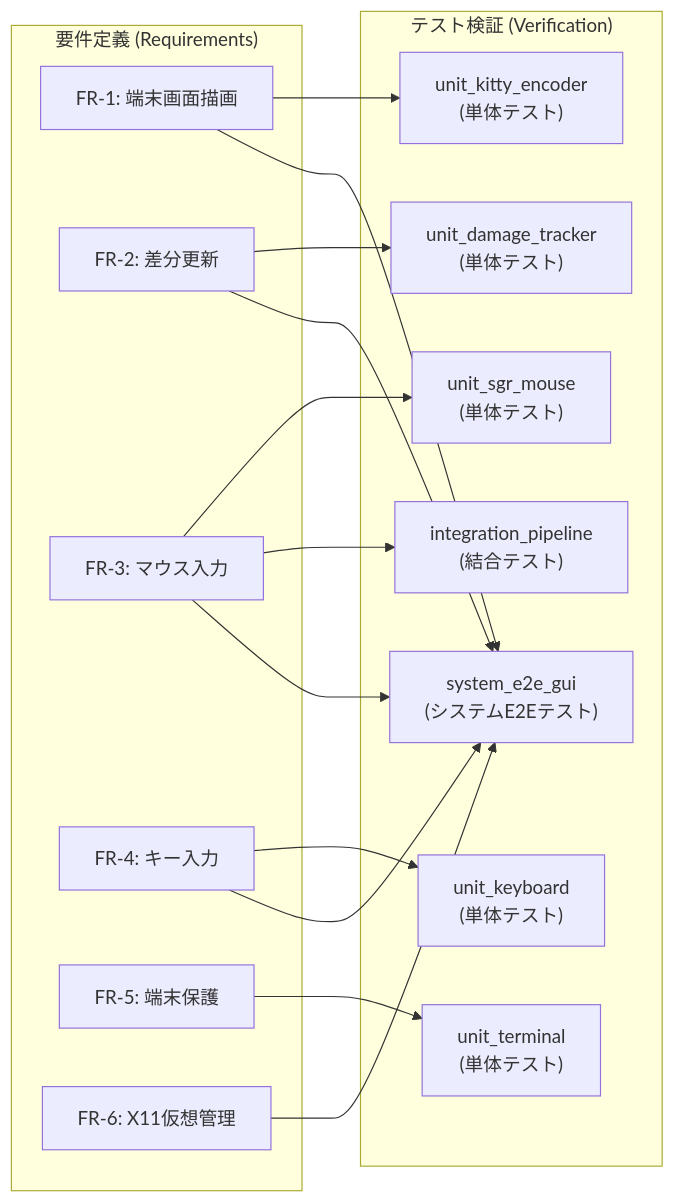
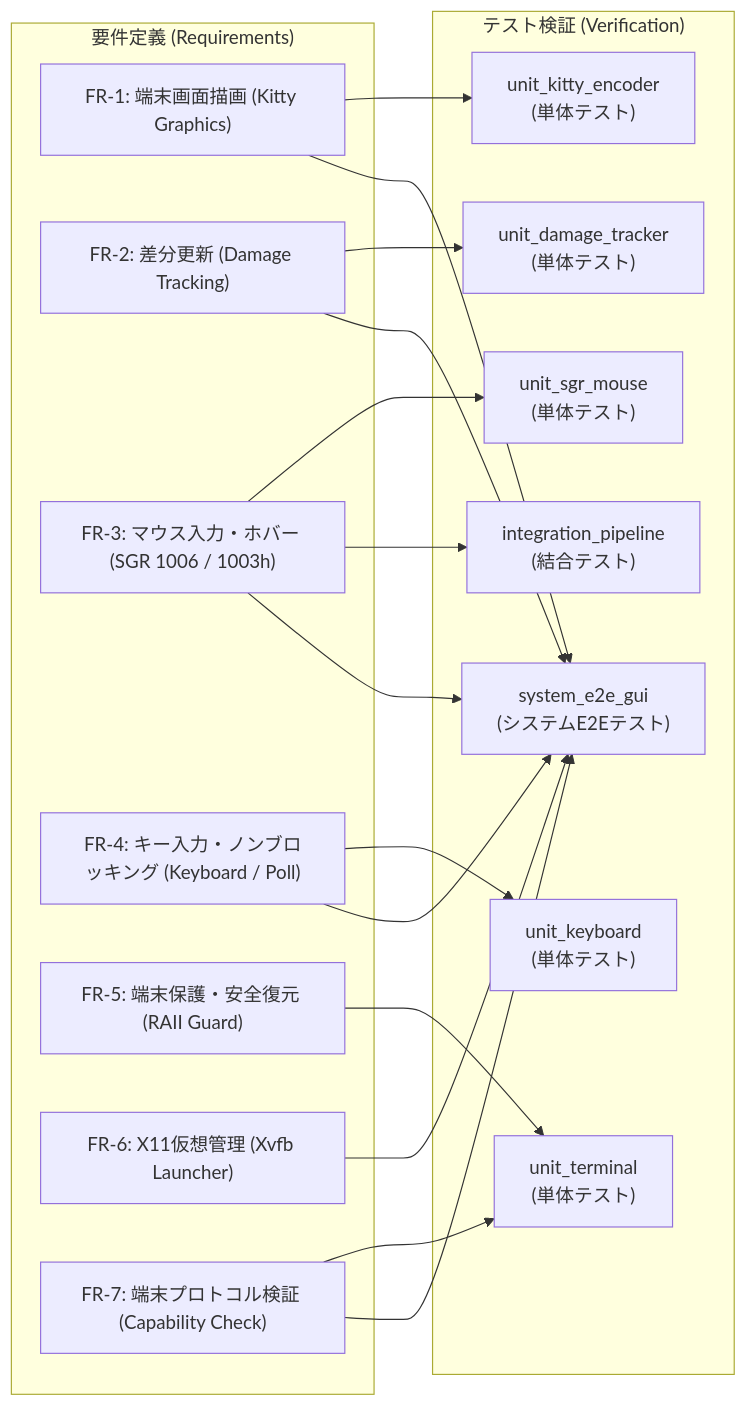
The diagram in docs/V_MODEL_SPEC.md (totatake/termway), drawn with Mermaid before and after one commit. The commit also changed other lines of this file and 2 other files, not shown here.

Commit message:
docs: synchronize V-model specifications, architecture, and README with latest implementation

````diff
--- a/docs/V_MODEL_SPEC.md
+++ b/docs/V_MODEL_SPEC.md
@@ -9,33 +9,36 @@
 ```mermaid
 flowchart LR
     subgraph Requirements["要件定義 (Requirements)"]
-        FR1["FR-1: 端末画面描画"]
-        FR2["FR-2: 差分更新"]
-        FR3["FR-3: マウス入力"]
-        FR4["FR-4: キー入力"]
-        FR5["FR-5: 端末保護"]
-        FR6["FR-6: X11仮想管理"]
+        FR1["FR-1: 端末画面描画 (Kitty Graphics)"]
+        FR2["FR-2: 差分更新 (Damage Tracking)"]
+        FR3["FR-3: マウス入力・ホバー (SGR 1006 / 1003h)"]
+        FR4["FR-4: キー入力・ノンブロッキング (Keyboard / Poll)"]
+        FR5["FR-5: 端末保護・安全復元 (RAII Guard)"]
+        FR6["FR-6: X11仮想管理 (Xvfb Launcher)"]
+        FR7["FR-7: 端末プロトコル検証 (Capability Check)"]
     end
 
     subgraph Verification["テスト検証 (Verification)"]
         T_Sys["system_e2e_gui<br/>(システムE2Eテスト)"]
         T_Integ["integration_pipeline<br/>(結合テスト)"]
         T_Mouse["unit_sgr_mouse<br/>(単体テスト)"]
         T_Kitty["unit_kitty_encoder<br/>(単体テスト)"]
         T_Term["unit_terminal<br/>(単体テスト)"]
         T_Damage["unit_damage_tracker<br/>(単体テスト)"]
         T_Key["unit_keyboard<br/>(単体テスト)"]
     end
 
     FR1 --> T_Kitty
     FR1 --> T_Sys
     FR2 --> T_Damage
     FR2 --> T_Sys
     FR3 --> T_Mouse
     FR3 --> T_Integ
     FR3 --> T_Sys
     FR4 --> T_Key
     FR4 --> T_Sys
     FR5 --> T_Term
     FR6 --> T_Sys
+    FR7 --> T_Term
+    FR7 --> T_Sys
 ```
````
